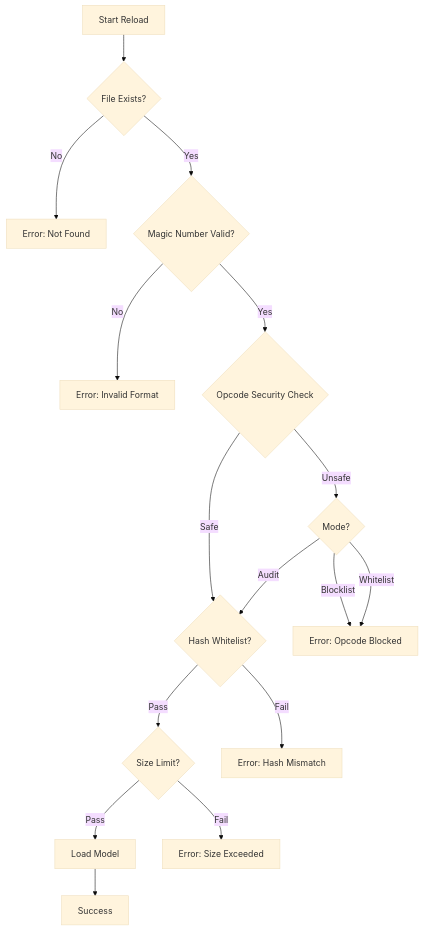
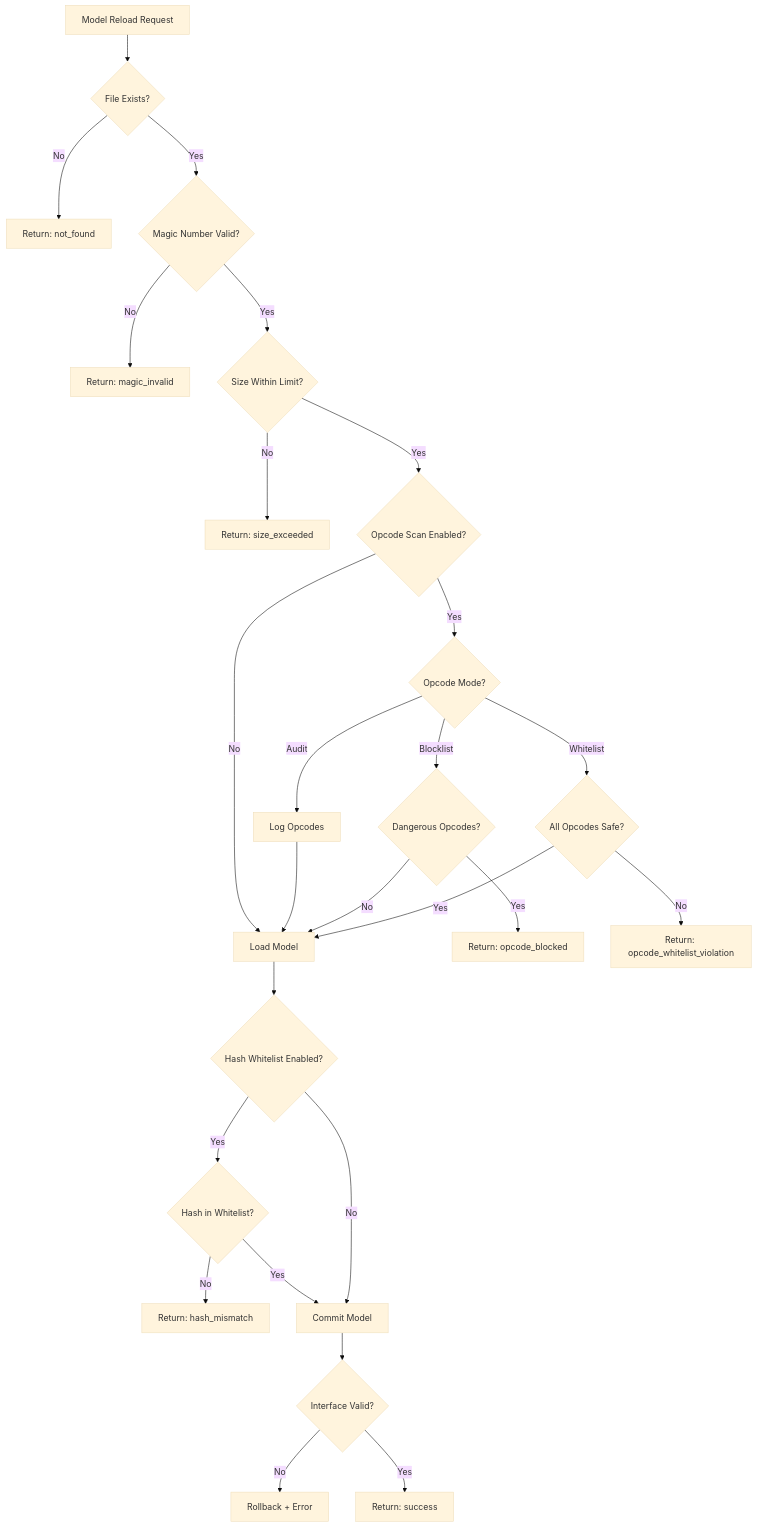
The first of 2 diagrams in docs/SECURITY_MODEL_LOADING.md (zensgit/cad-ml-platform), drawn with Mermaid (base theme) before and after one commit. The commit also changed other lines of this file and 20 other files, not shown here.

````diff
--- a/docs/SECURITY_MODEL_LOADING.md
+++ b/docs/SECURITY_MODEL_LOADING.md
@@ -8,18 +8,28 @@
 ```mermaid
-graph TD
-    A[Start Reload] --> B{File Exists?}
-    B -- No --> C[Error: Not Found]
-    B -- Yes --> D{Magic Number Valid?}
-    D -- No --> E[Error: Invalid Format]
-    D -- Yes --> F{Opcode Security Check}
-    F -- Safe --> G{Hash Whitelist?}
-    F -- Unsafe --> H{Mode?}
-    H -- Audit --> G
-    H -- Blocklist --> I[Error: Opcode Blocked]
-    H -- Whitelist --> I
-    G -- Pass --> J{Size Limit?}
-    G -- Fail --> K[Error: Hash Mismatch]
-    J -- Pass --> L[Load Model]
-    J -- Fail --> M[Error: Size Exceeded]
-    L --> N[Success]
+flowchart TD
+    A[Model Reload Request] --> B{File Exists?}
+    B -->|No| C[Return: not_found]
+    B -->|Yes| D{Magic Number Valid?}
+    D -->|No| E[Return: magic_invalid]
+    D -->|Yes| F{Size Within Limit?}
+    F -->|No| G[Return: size_exceeded]
+    F -->|Yes| H{Opcode Scan Enabled?}
+    H -->|No| L[Load Model]
+    H -->|Yes| I{Opcode Mode?}
+    I -->|Audit| J[Log Opcodes]
+    J --> L
+    I -->|Blocklist| K{Dangerous Opcodes?}
+    K -->|Yes| M[Return: opcode_blocked]
+    K -->|No| L
+    I -->|Whitelist| N{All Opcodes Safe?}
+    N -->|No| O[Return: opcode_whitelist_violation]
+    N -->|Yes| L
+    L --> P{Hash Whitelist Enabled?}
+    P -->|Yes| Q{Hash in Whitelist?}
+    Q -->|No| R[Return: hash_mismatch]
+    Q -->|Yes| S[Commit Model]
+    P -->|No| S
+    S --> T{Interface Valid?}
+    T -->|No| U[Rollback + Error]
+    T -->|Yes| V[Return: success]
 ```
````
